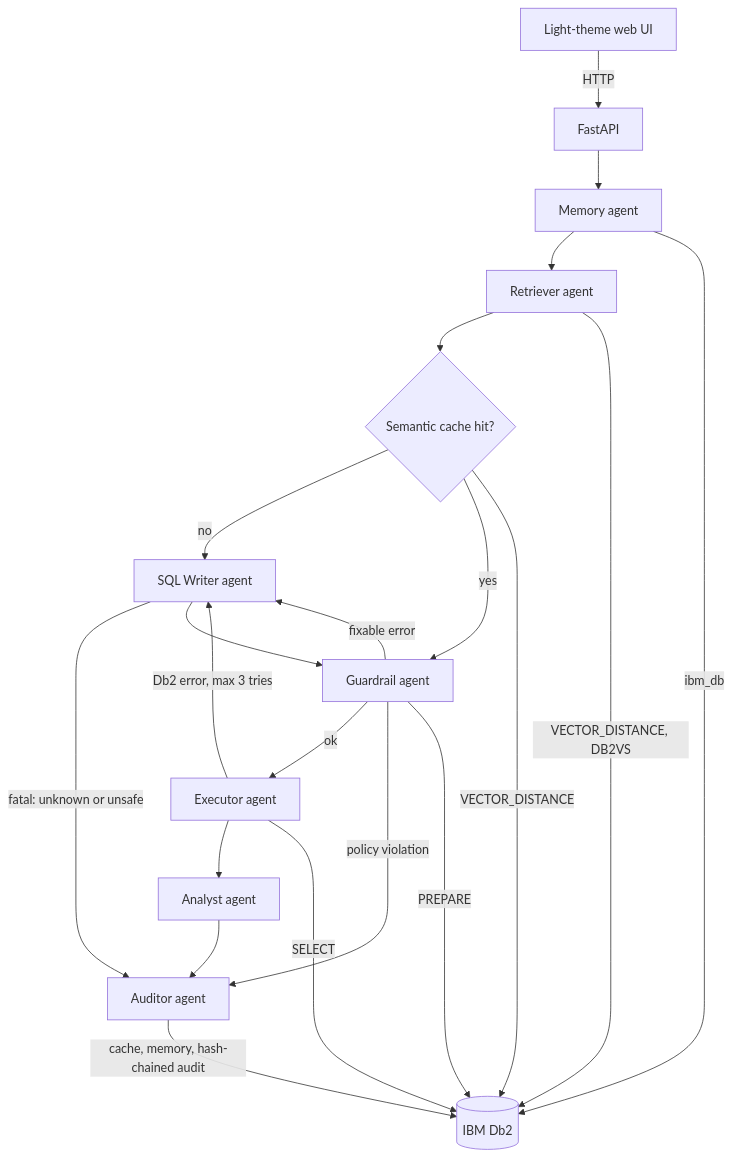
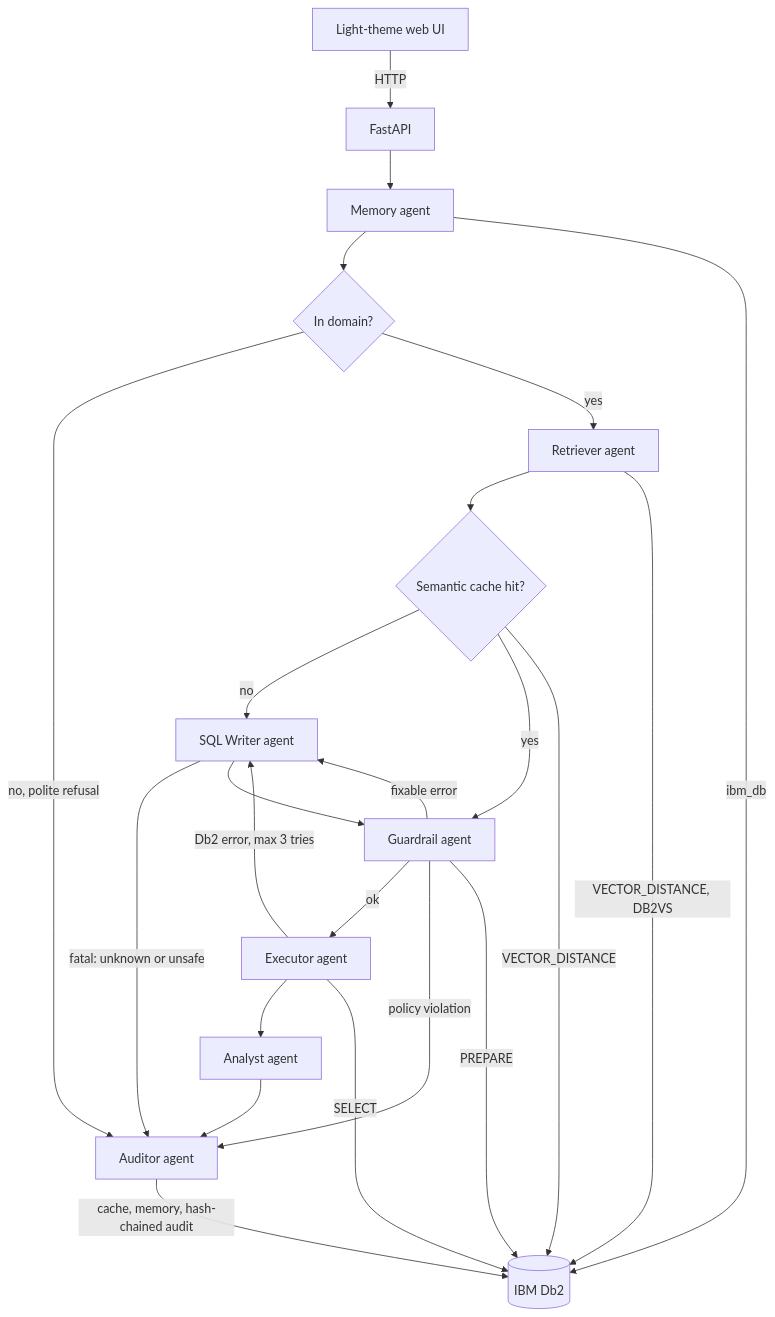
One commit to KunalGolaIBM/IBM_Db2_TechX_Project_Submission changed the diagram in submissions/db2-cortex/architecture.md. Above: the diagram before and after it, drawn with Mermaid. The commit also changed 17 other files, not shown here.

````diff
--- a/submissions/db2-cortex/architecture.md
+++ b/submissions/db2-cortex/architecture.md
@@ -10,21 +10,23 @@
 ```mermaid
 graph TD
     Client[Light-theme web UI] -->|HTTP| API[FastAPI]
     API --> M[Memory agent]
-    M --> R[Retriever agent]
+    M --> I{In domain?}
+    I -- no, polite refusal --> P
+    I -- yes --> R[Retriever agent]
     R --> C{Semantic cache hit?}
     C -- no --> W[SQL Writer agent]
     C -- yes --> GR
     W -->|fatal: unknown or unsafe| P
     W --> GR[Guardrail agent]
     GR -- ok --> E[Executor agent] --> A[Analyst agent] --> P[Auditor agent]
     GR -- fixable error --> W
     E -- Db2 error, max 3 tries --> W
     GR -- policy violation --> P
     M -->|ibm_db| Db2[(IBM Db2)]
     R -->|VECTOR_DISTANCE, DB2VS| Db2
     C -->|VECTOR_DISTANCE| Db2
     GR -->|PREPARE| Db2
     E -->|SELECT| Db2
     P -->|cache, memory, hash-chained audit| Db2
 ```
````
